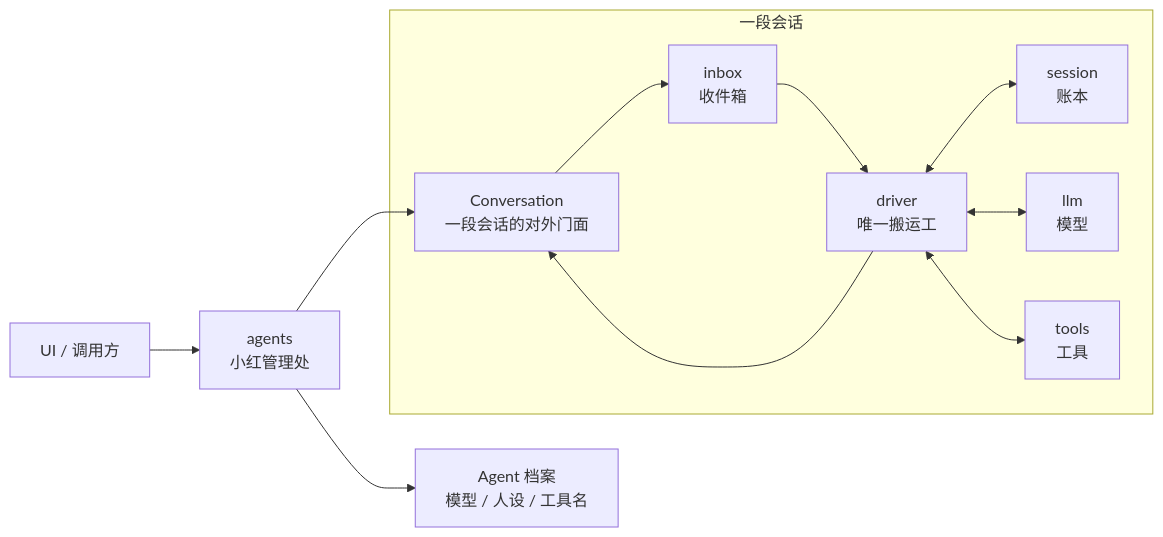
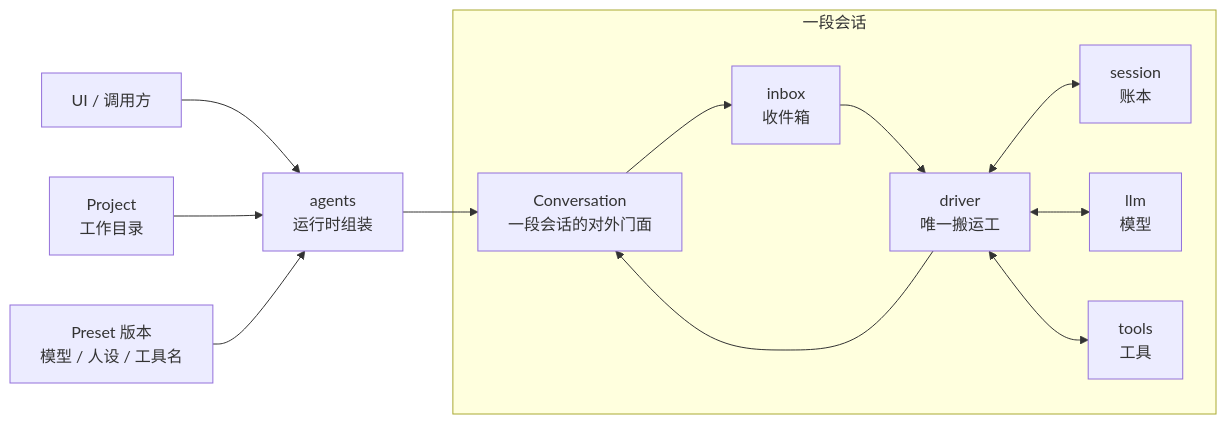
Before and after one commit to lucy971326/EDITH-Harness: the first of 2 diagrams in loop/README.md, drawn with Mermaid. The commit also changed other lines of this file and 72 other files, not shown here.

````diff
--- a/loop/README.md
+++ b/loop/README.md
@@ -13,16 +13,17 @@
 ```mermaid
 flowchart LR
-    Caller["UI / 调用方"] --> Agents["agents<br/>小红管理处"]
-    Agents --> Profile["Agent 档案<br/>模型 / 人设 / 工具名"]
+    Caller["UI / 调用方"] --> Agents["agents<br/>运行时组装"]
+    Project["Project<br/>工作目录"] --> Agents
+    Preset["Preset 版本<br/>模型 / 人设 / 工具名"] --> Agents
     Agents --> Conversation["Conversation<br/>一段会话的对外门面"]
 
     subgraph OneSession["一段会话"]
         Conversation --> Inbox["inbox<br/>收件箱"]
         Inbox --> Driver["driver<br/>唯一搬运工"]
         Driver <--> Book["session<br/>账本"]
         Driver <--> Model["llm<br/>模型"]
         Driver <--> Tools["tools<br/>工具"]
     end
 
     Driver --> Conversation
 ```
````
